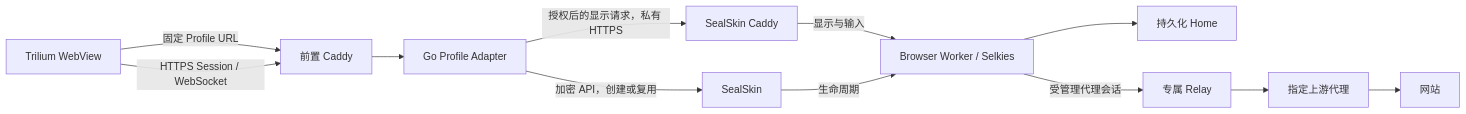
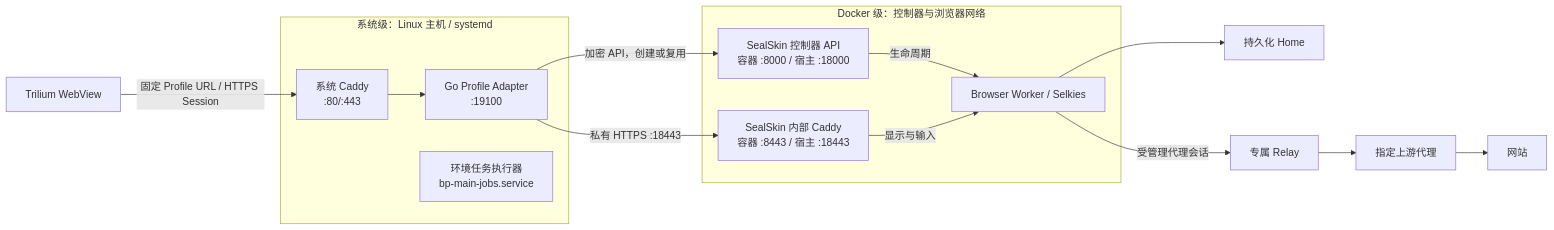
Before and after one commit to scrtou/browser-platform: the diagram in docs/design.md, drawn with Mermaid. The commit also changed other lines of this file and 9 other files, not shown here.

````diff
--- a/docs/design.md
+++ b/docs/design.md
@@ -23,14 +23,23 @@
 ```mermaid
 flowchart LR
-    T[Trilium WebView] -->|固定 Profile URL| C[前置 Caddy]
-    C --> A[Go Profile Adapter]
-    A -->|加密 API，创建或复用| S[SealSkin]
-    T -->|HTTPS Session / WebSocket| C
-    A -->|授权后的显示请求，私有 HTTPS| D[SealSkin Caddy]
-    D -->|显示与输入| W[Browser Worker / Selkies]
-    S -->|生命周期| W
+    T[Trilium WebView] -->|固定 Profile URL / HTTPS Session| C
+    subgraph HOST[系统级：Linux 主机 / systemd]
+        C[系统 Caddy\n:80/:443]
+        A[Go Profile Adapter\n:19100]
+        J[环境任务执行器\nbp-main-jobs.service]
+        C --> A
+    end
+    A -->|私有 HTTPS :18443| D
+    subgraph DOCKER[Docker 级：控制器与浏览器网络]
+        S[SealSkin 控制器 API\n容器 :8000 / 宿主 :18000]
+        D[SealSkin 内部 Caddy\n容器 :8443 / 宿主 :18443]
+        W[Browser Worker / Selkies]
+        S -->|生命周期| W
+        D -->|显示与输入| W
+    end
+    A -->|加密 API，创建或复用| S
     W --> H[持久化 Home]
     W -->|受管理代理会话| R[专属 Relay]
     R --> P[指定上游代理]
     P --> I[网站]
 ```
````
